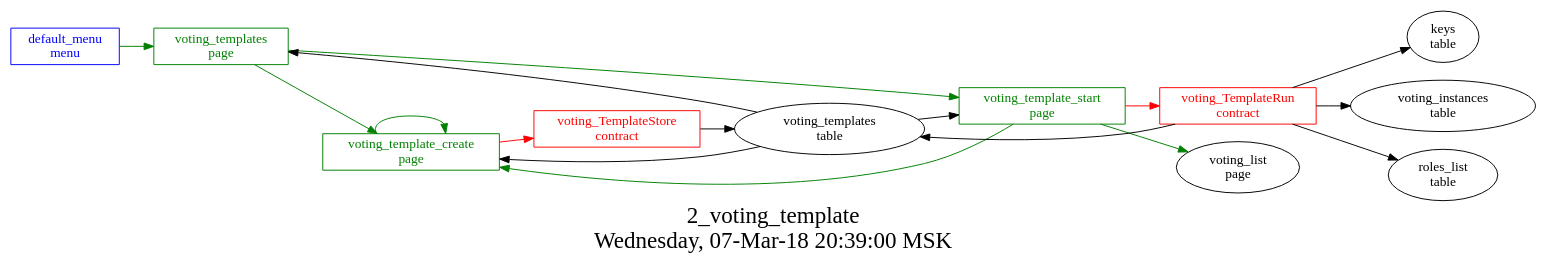
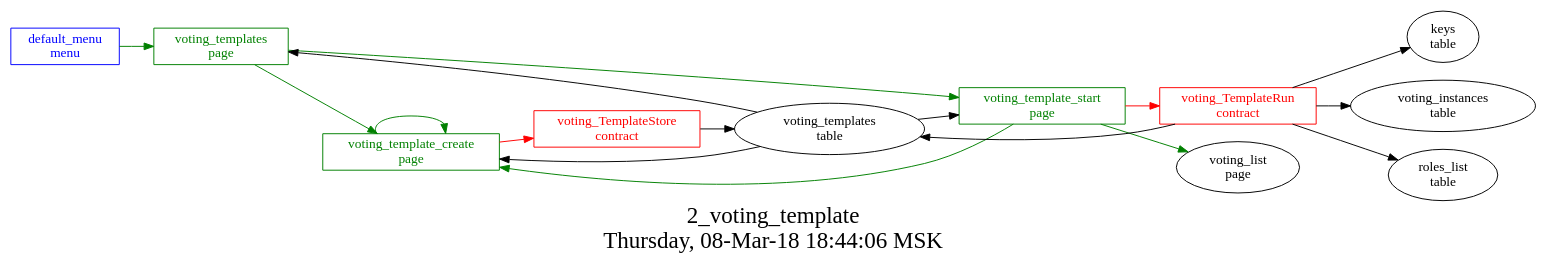
One commit to AplaProject/apps changed the diagram in src/basic/basic_main/2_voting_templates/struct.dot. Above: the diagram before and after it, drawn with Graphviz. The commit also changed 3 other files, not shown here.

Commit message:
+ starting form for template document and formal voting

```diff
--- a/src/basic/basic_main/2_voting_templates/struct.dot
+++ b/src/basic/basic_main/2_voting_templates/struct.dot
@@ -1,33 +1,33 @@
 digraph G {
 graph [
   fontsize="24";
-  label="2_voting_template\nWednesday, 07-Mar-18 20:39:00 MSK";
+  label="2_voting_template\nThursday, 08-Mar-18 18:44:06 MSK";
   nojustify=true;
   ordering=out;
   rankdir=LR;
   size="30";
 ];
 "default_menu\nmenu" -> "voting_templates\npage"  [ color=green ]
 "default_menu\nmenu" [color=blue, fontcolor=blue, group=menus, shape=record];
 "voting_template_create\npage" -> "voting_TemplateStore\ncontract"  [ color=red ]
 "voting_templates\ntable" -> "voting_template_create\npage"  [ color="" ]
 "voting_template_create\npage" -> "voting_template_create\npage"  [ color=green ]
 "voting_template_create\npage" [color=green, fontcolor=green, group=pages, shape=record];
 "voting_template_start\npage" -> "voting_TemplateRun\ncontract"  [ color=red ]
 "voting_templates\ntable" -> "voting_template_start\npage"  [ color="" ]
 "voting_template_start\npage" -> "voting_template_create\npage"  [ color=green ]
 "voting_template_start\npage" -> "voting_list\npage"  [ color=green ]
 "voting_template_start\npage" [color=green, fontcolor=green, group=pages, shape=record];
 "voting_templates\ntable" -> "voting_templates\npage"  [ color="" ]
 "voting_templates\npage" -> "voting_template_start\npage"  [ color=green ]
 "voting_templates\npage" -> "voting_template_create\npage"  [ color=green ]
 "voting_templates\npage" [color=green, fontcolor=green, group=pages, shape=record];
 "voting_TemplateRun\ncontract" -> "voting_templates\ntable"  [ color="" ]
 "voting_TemplateRun\ncontract" -> "keys\ntable"  [ color="" ]
 "voting_TemplateRun\ncontract" -> "voting_instances\ntable"  [ color="" ]
 "voting_TemplateRun\ncontract" -> "roles_list\ntable"  [ color="" ]
 "voting_TemplateRun\ncontract" [color=red, fontcolor=red, group=contracts, shape=record];
 "voting_TemplateStore\ncontract" -> "voting_templates\ntable"  [ color="" ]
 "voting_TemplateStore\ncontract" [color=red, fontcolor=red, group=contracts, shape=record];
 "voting_templates\ntable" [color="", fontcolor="", group=tables, shape=""];
 }
```
